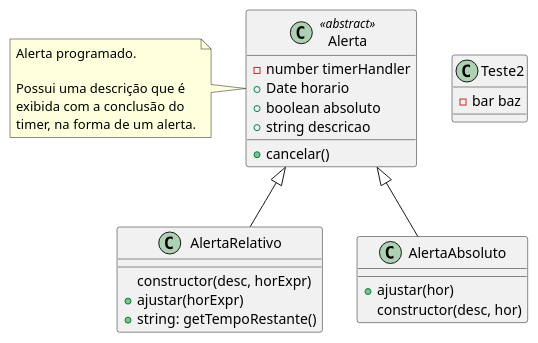
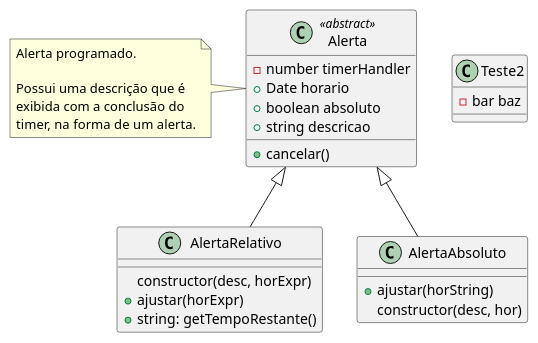
Before and after one commit to ruipimentel/plantuml-demo: the diagram in classes.puml, drawn with PlantUML.

Commit message:
Renomeia hor → horString

```diff
--- a/classes.puml
+++ b/classes.puml
@@ -1,32 +1,32 @@
 @startuml "Classes"
 
 top to bottom direction
 
 class Alerta <<abstract>> {
   - number timerHandler
   + Date horario
   + boolean absoluto
   + string descricao
   + cancelar()
 }
 note left of Alerta : Alerta programado.\n\nPossui uma descrição que é\nexibida com a conclusão do\ntimer, na forma de um alerta.
 
 class AlertaRelativo {
   constructor(desc, horExpr)
   + ajustar(horExpr)
   + string: getTempoRestante()
 }
 
 class AlertaAbsoluto {
-  + ajustar(hor)
+  + ajustar(horString)
   constructor(desc, hor)
 }
 
 class Teste2 {
   - bar baz
 }
 
 Alerta <|-- AlertaRelativo
 Alerta <|-- AlertaAbsoluto
 
 @enduml
```
